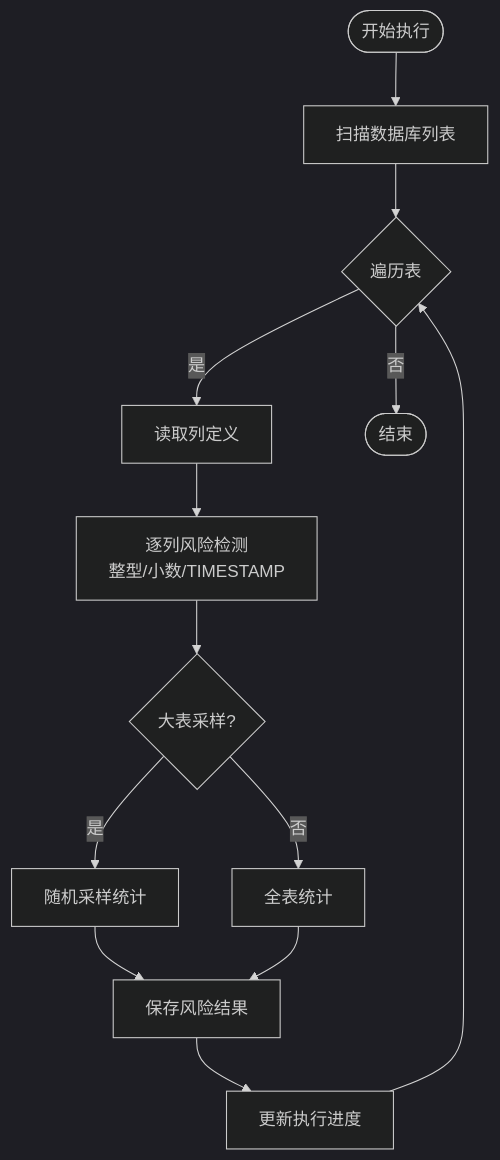
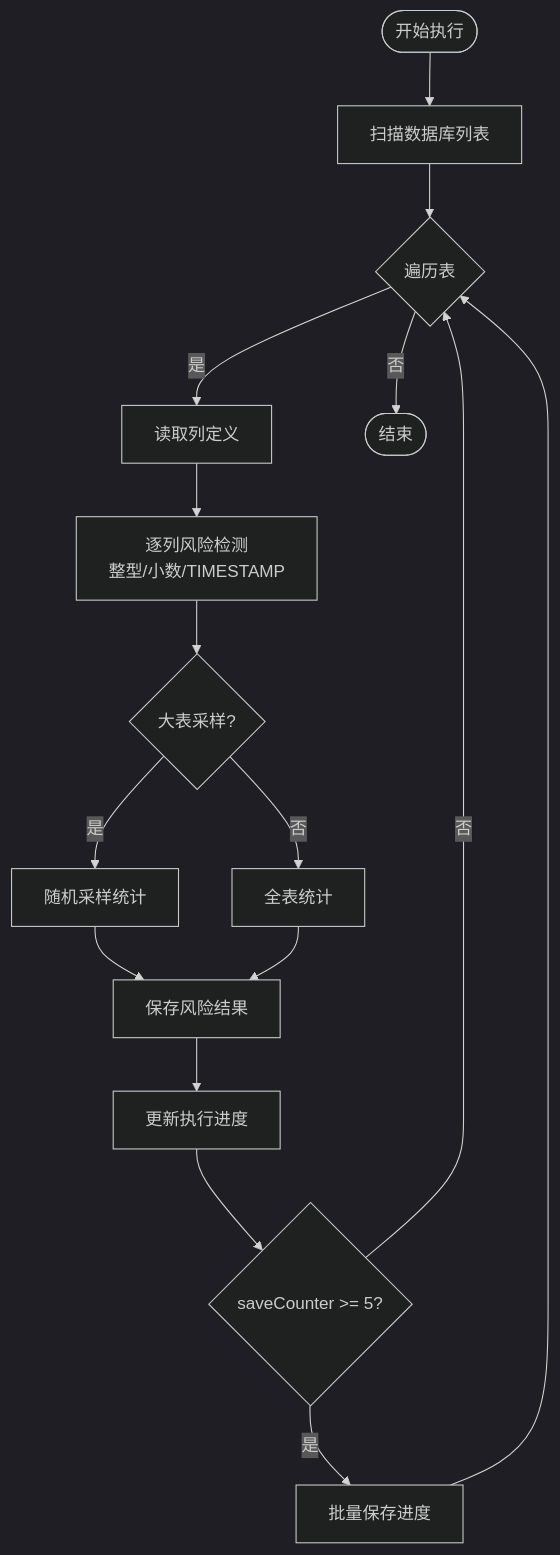
Before and after one commit to zzjxmy/mysql-risk-filed-check: the third of 6 diagrams in .qoder/repowiki/zh/content/故障排除/性能问题排查.md, drawn with Mermaid (dark theme). The commit also changed other lines of this file and 6 other files, not shown here.

````diff
--- a/.qoder/repowiki/zh/content/故障排除/性能问题排查.md
+++ b/.qoder/repowiki/zh/content/故障排除/性能问题排查.md
@@ -110,15 +114,18 @@
 ```mermaid
 flowchart TD
 Start(["开始执行"]) --> ScanDB["扫描数据库列表"]
 ScanDB --> LoopTables{"遍历表"}
 LoopTables --> |是| ScanCols["读取列定义"]
 ScanCols --> CheckRisk["逐列风险检测<br/>整型/小数/TIMESTAMP"]
 CheckRisk --> SampleOrFull{"大表采样?"}
 SampleOrFull --> |是| Sample["随机采样统计"]
 SampleOrFull --> |否| FullScan["全表统计"]
 Sample --> Persist["保存风险结果"]
 FullScan --> Persist
 Persist --> Progress["更新执行进度"]
-Progress --> LoopTables
+Progress --> SaveCounter{"saveCounter >= 5?"}
+SaveCounter --> |是| BatchSave["批量保存进度"]
+SaveCounter --> |否| LoopTables
+BatchSave --> LoopTables
 LoopTables --> |否| Done(["结束"])
 ```
````
